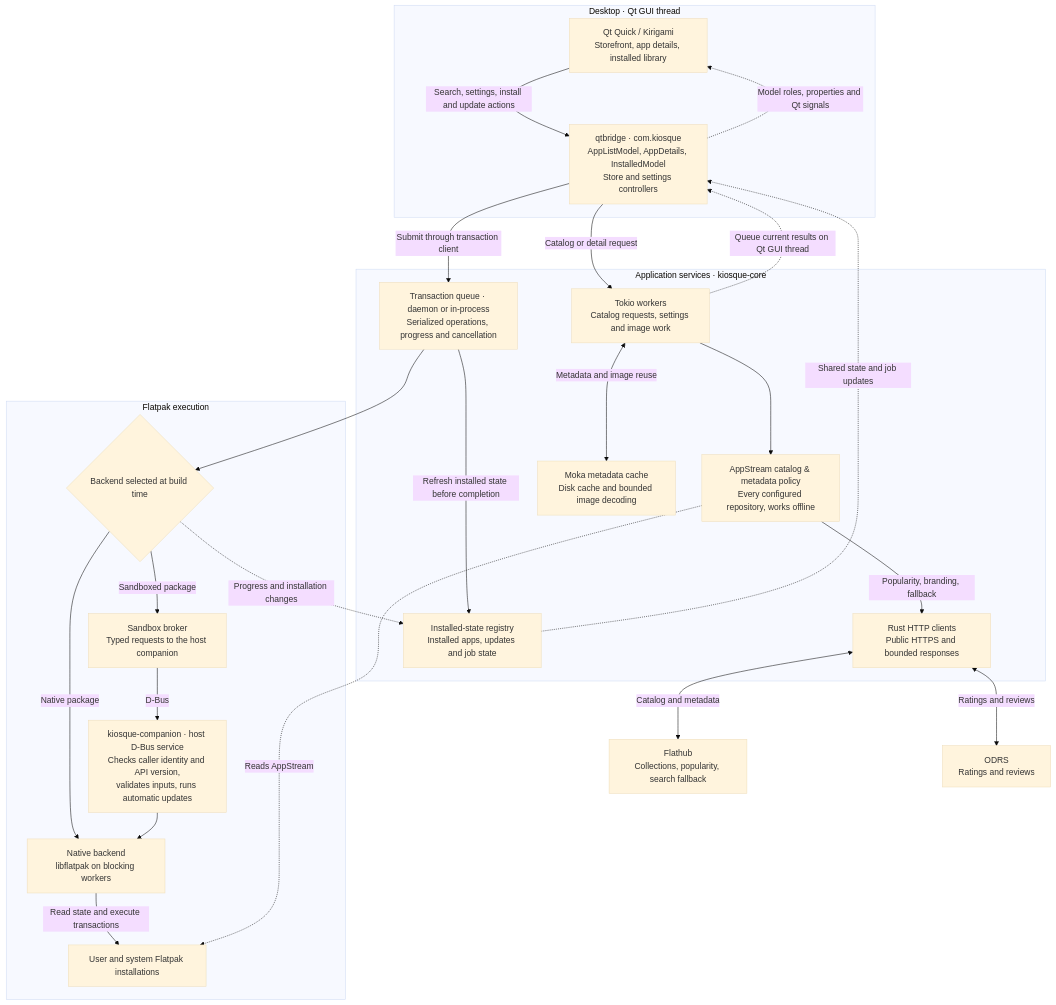
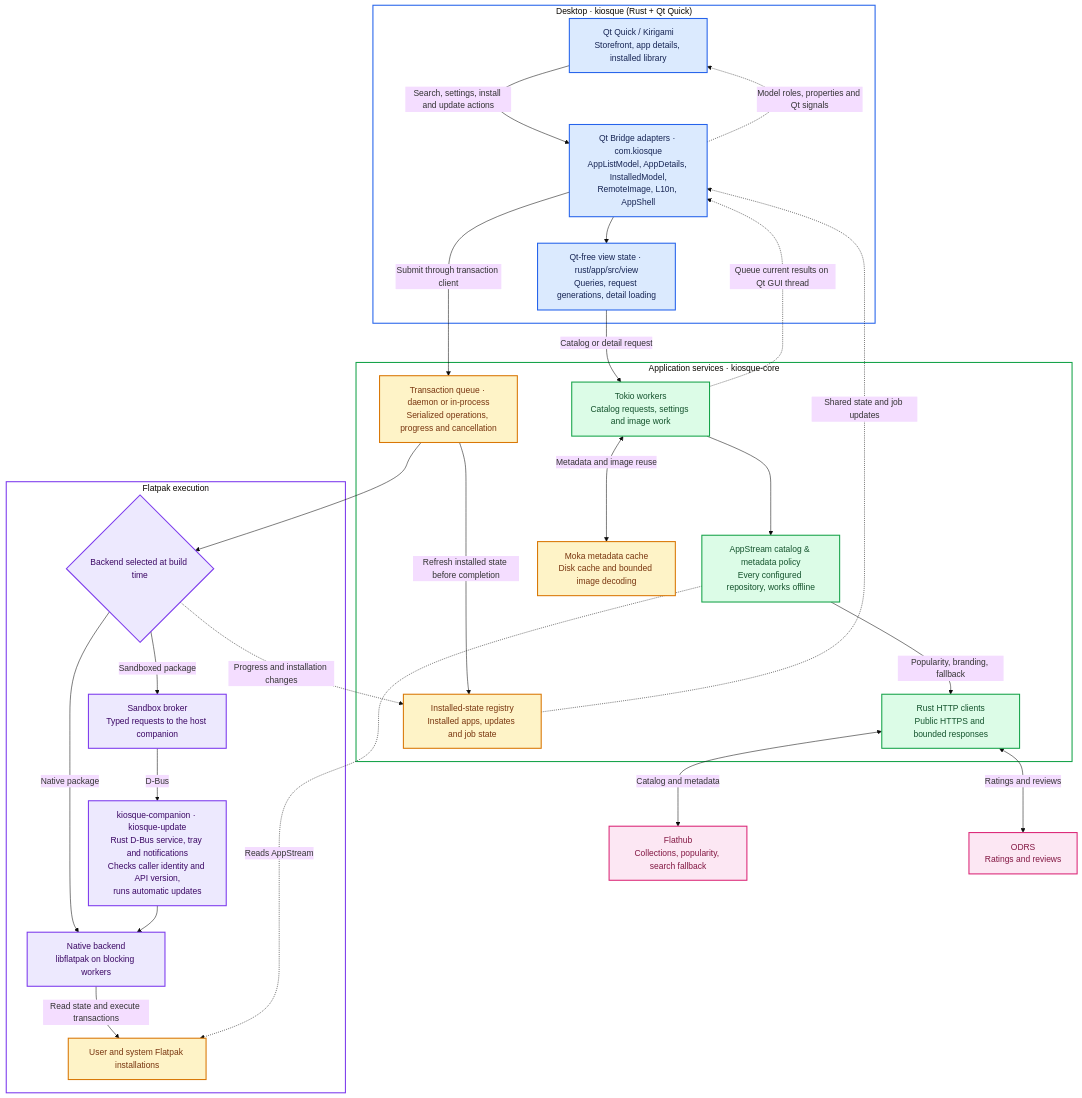
Before and after one commit to niltonperimneto/kiosque: the first of 2 diagrams in README.md, drawn with Mermaid (base theme). The commit also changed other lines of this file and 10 other files, not shown here.

First line of the commit message:
Describe the Qt Bridge architecture and refresh the README gallery

````diff
--- a/README.md
+++ b/README.md
@@ -116,49 +115,67 @@
 ```mermaid
 flowchart TB
-    subgraph Desktop["Desktop · Qt GUI thread"]
+    subgraph Desktop["Desktop · kiosque (Rust + Qt Quick)"]
         Views["Qt Quick / Kirigami<br/>Storefront, app details, installed library"]
-        Models["qtbridge · com.kiosque<br/>AppListModel, AppDetails, InstalledModel<br/>Store and settings controllers"]
+        Models["Qt Bridge adapters · com.kiosque<br/>AppListModel, AppDetails, InstalledModel,<br/>RemoteImage, L10n, AppShell"]
+        ViewState["Qt-free view state · rust/app/src/view<br/>Queries, request generations, detail loading"]
         Views -->|Search, settings, install and update actions| Models
         Models -.->|Model roles, properties and Qt signals| Views
+        Models --> ViewState
     end
 
     subgraph Core["Application services · kiosque-core"]
         Tokio["Tokio workers<br/>Catalog requests, settings and image work"]
         Catalog["AppStream catalog & metadata policy<br/>Every configured repository, works offline"]
         Clients["Rust HTTP clients<br/>Public HTTPS and bounded responses"]
         Cache["Moka metadata cache<br/>Disk cache and bounded image decoding"]
         Registry["Installed-state registry<br/>Installed apps, updates and job state"]
         Queue["Transaction queue · daemon or in-process<br/>Serialized operations, progress and cancellation"]
         Tokio --> Catalog
         Catalog -->|Popularity, branding, fallback| Clients
         Tokio <-->|Metadata and image reuse| Cache
         Queue -->|Refresh installed state before completion| Registry
     end
 
     subgraph Flatpak["Flatpak execution"]
         Backend{"Backend selected at build time"}
         Broker["Sandbox broker<br/>Typed requests to the host companion"]
-        Companion["kiosque-companion · host D-Bus service<br/>Checks caller identity and API version,<br/>validates inputs, runs automatic updates"]
+        Companion["kiosque-companion · kiosque-update<br/>Rust D-Bus service, tray and notifications<br/>Checks caller identity and API version,<br/>runs automatic updates"]
         Native["Native backend<br/>libflatpak on blocking workers"]
         Installations["User and system Flatpak installations"]
         Backend -->|Native package| Native
         Backend -->|Sandboxed package| Broker
         Broker -->|D-Bus| Companion
         Companion --> Native
         Native -->|Read state and execute transactions| Installations
     end
 
     Catalog -.->|Reads AppStream| Installations
 
     Flathub["Flathub<br/>Collections, popularity, search fallback"]
     ODRS["ODRS<br/>Ratings and reviews"]
 
-    Models -->|Catalog or detail request| Tokio
+    ViewState -->|Catalog or detail request| Tokio
     Tokio -.->|Queue current results on Qt GUI thread| Models
     Models -->|Submit through transaction client| Queue
     Registry -.->|Shared state and job updates| Models
     Queue --> Backend
     Backend -.->|Progress and installation changes| Registry
     Clients <-->|Catalog and metadata| Flathub
     Clients <-->|Ratings and reviews| ODRS
+
+    classDef desktop fill:#dbeafe,stroke:#2563eb,color:#172554,stroke-width:2px
+    classDef service fill:#dcfce7,stroke:#16a34a,color:#14532d,stroke-width:2px
+    classDef state fill:#fef3c7,stroke:#d97706,color:#78350f,stroke-width:2px
+    classDef execution fill:#ede9fe,stroke:#7c3aed,color:#3b0764,stroke-width:2px
+    classDef external fill:#fce7f3,stroke:#db2777,color:#831843,stroke-width:2px
+
+    class Views,Models,ViewState desktop
+    class Tokio,Catalog,Clients service
+    class Cache,Registry,Queue,Installations state
+    class Backend,Broker,Companion,Native execution
+    class Flathub,ODRS external
+
+    style Desktop fill:transparent,stroke:#2563eb,stroke-width:2px
+    style Core fill:transparent,stroke:#16a34a,stroke-width:2px
+    style Flatpak fill:transparent,stroke:#7c3aed,stroke-width:2px
 ```
````
